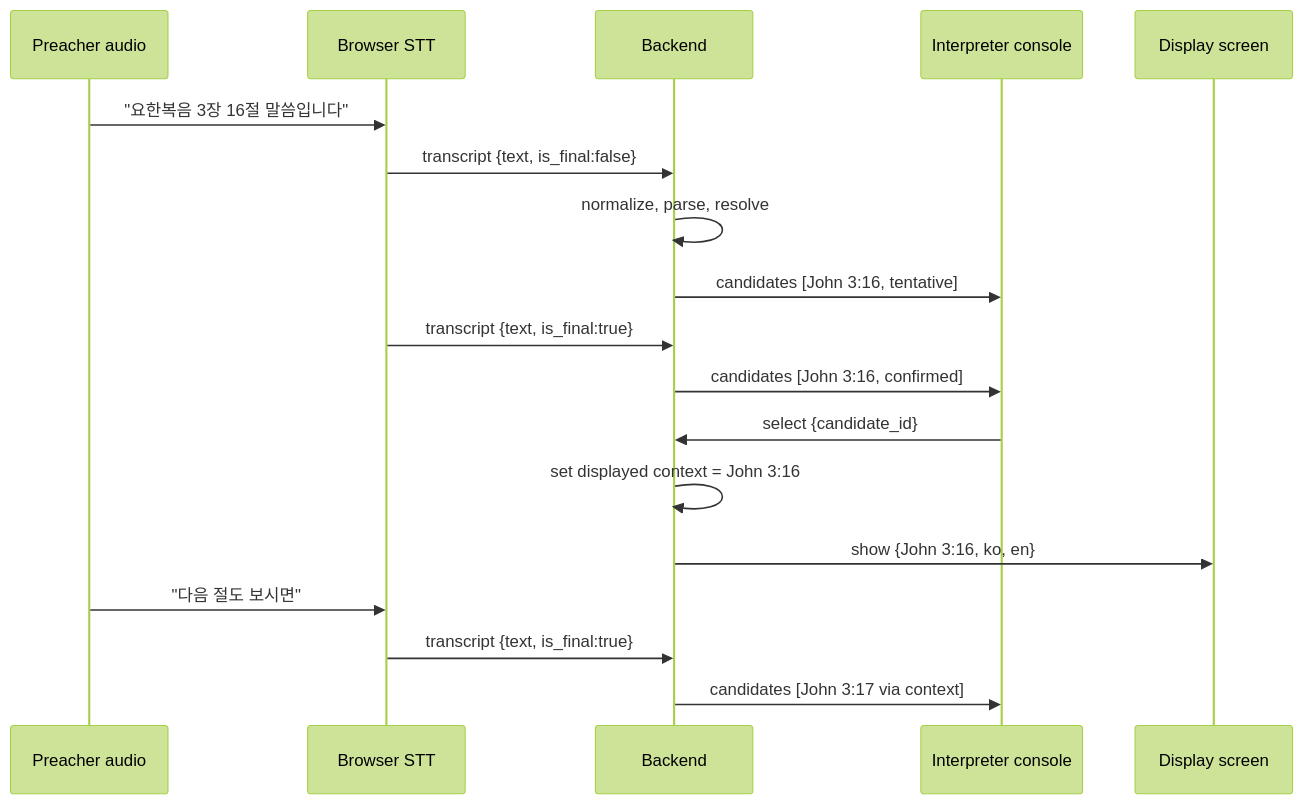
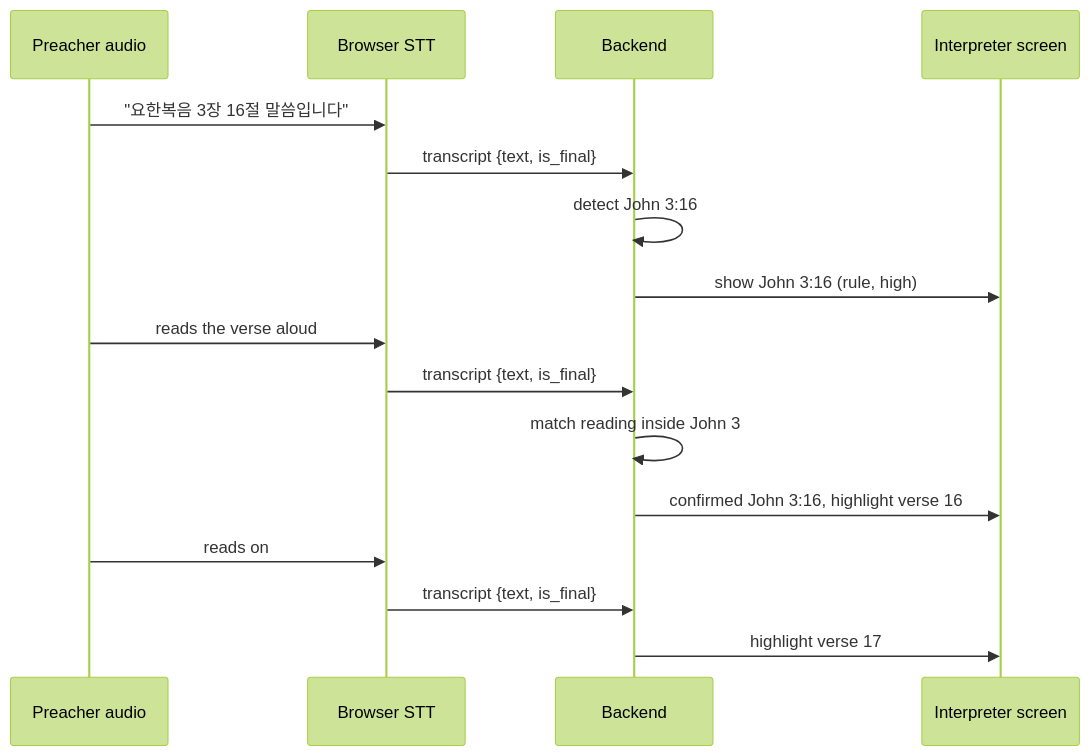
One commit to rkim9125/LiveVerse changed the second of 2 diagrams in docs/realtime-design.md. Above: the diagram before and after it, drawn with Mermaid (forest theme). The commit also changed other lines of this file and 3 other files, not shown here.

First line of the commit message:
Design v2: interpreter-only screen, best guess shown at once, reading confirmation and follow

````diff
--- a/docs/realtime-design.md
+++ b/docs/realtime-design.md
@@ -81,21 +98,19 @@
 ```mermaid
 sequenceDiagram
     participant P as Preacher audio
     participant B as Browser STT
     participant S as Backend
-    participant I as Interpreter console
-    participant D as Display screen
+    participant I as Interpreter screen
 
     P->>B: "요한복음 3장 16절 말씀입니다"
-    B->>S: transcript {text, is_final:false}
-    S->>S: normalize, parse, resolve
-    S->>I: candidates [John 3:16, tentative]
-    B->>S: transcript {text, is_final:true}
-    S->>I: candidates [John 3:16, confirmed]
-    I->>S: select {candidate_id}
-    S->>S: set displayed context = John 3:16
-    S->>D: show {John 3:16, ko, en}
-    P->>B: "다음 절도 보시면"
-    B->>S: transcript {text, is_final:true}
-    S->>I: candidates [John 3:17 via context]
+    B->>S: transcript {text, is_final}
+    S->>S: detect John 3:16
+    S->>I: show John 3:16 (rule, high)
+    P->>B: reads the verse aloud
+    B->>S: transcript {text, is_final}
+    S->>S: match reading inside John 3
+    S->>I: confirmed John 3:16, highlight verse 16
+    P->>B: reads on
+    B->>S: transcript {text, is_final}
+    S->>I: highlight verse 17
 ```
````
